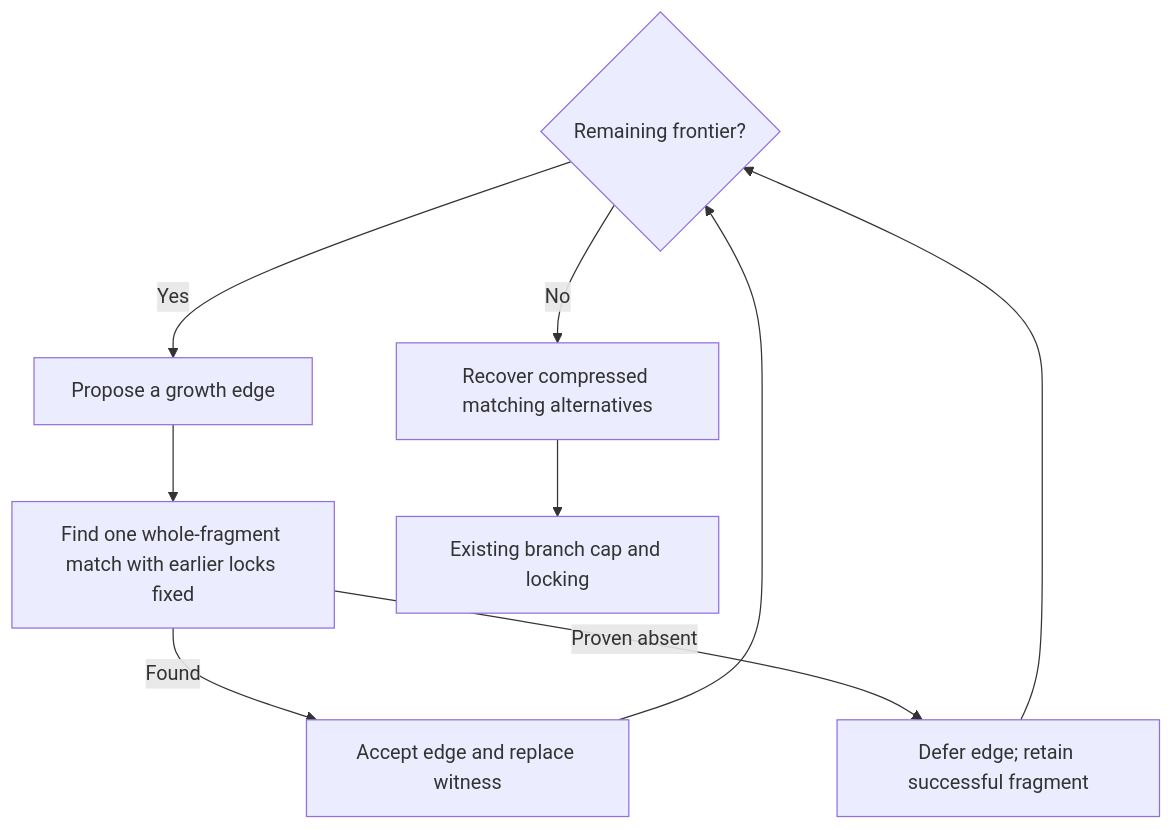
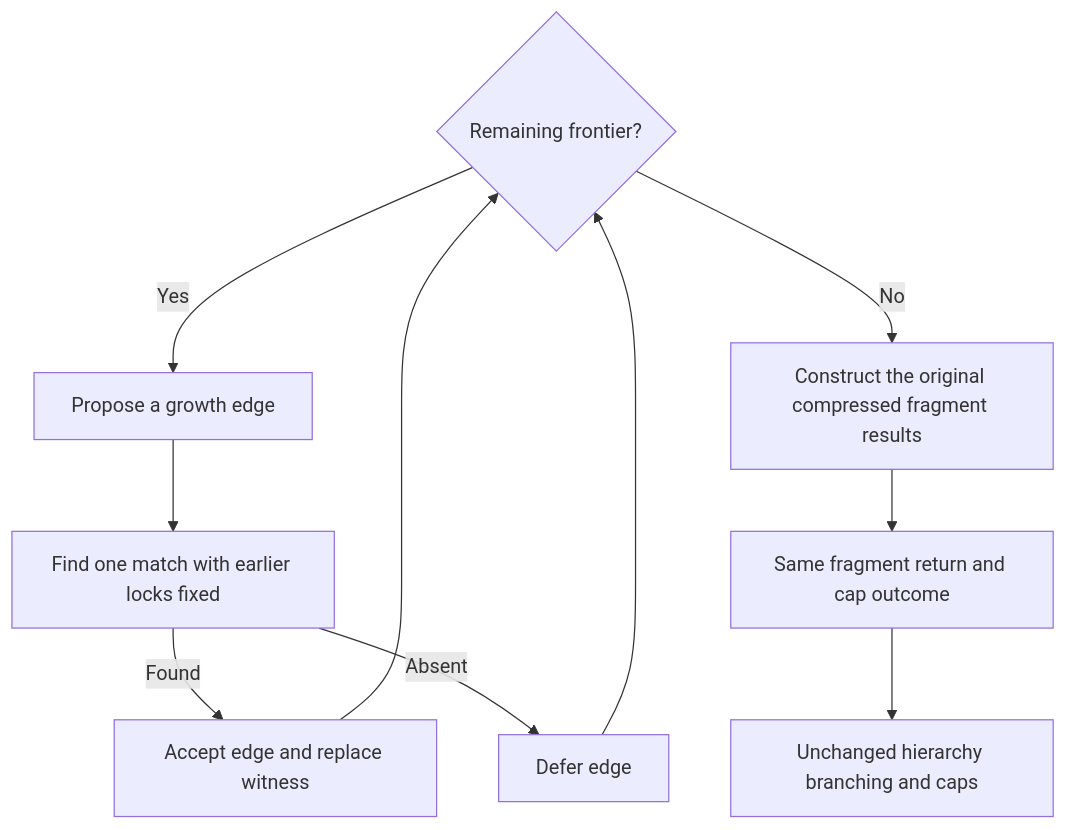
One commit to yunhzou/MAPPA-AAM changed the second of 5 diagrams in design.md. Above: the diagram before and after it, drawn with Mermaid. The commit also changed other lines of this file, not shown here.

Commit message:
Document exact fragment return and unchanged hierarchy contract

````diff
--- a/design.md
+++ b/design.md
@@ -98,11 +104,12 @@
 ```mermaid
 flowchart TD
     Frontier{Remaining frontier?} -->|Yes| Trial[Propose a growth edge]
-    Trial --> Query[Find one whole-fragment match with earlier locks fixed]
+    Trial --> Query[Find one match with earlier locks fixed]
     Query -->|Found| Accept[Accept edge and replace witness]
-    Query -->|Proven absent| Defer[Defer edge; retain successful fragment]
+    Query -->|Absent| Defer[Defer edge]
     Accept --> Frontier
     Defer --> Frontier
-    Frontier -->|No| Complete[Recover compressed matching alternatives]
-    Complete --> Cap[Existing branch cap and locking]
+    Frontier -->|No| Complete[Construct the original compressed fragment results]
+    Complete --> Return[Same fragment return and cap outcome]
+    Return --> Branch[Unchanged hierarchy branching and caps]
 ```
````
